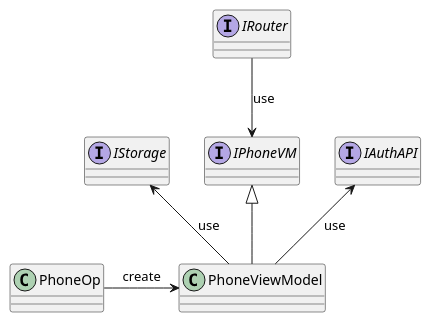
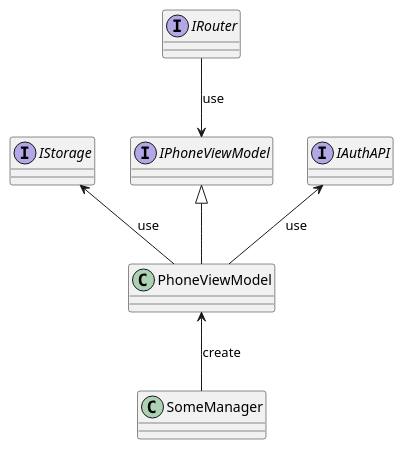
One commit to dubovoy-pro/ross-manual changed the diagram in site/content/ru/docs/overview/entities/diagrams/phone_vm.puml. Above: the diagram before and after it, drawn with PlantUML. The commit also changed 13 other files, not shown here.

```diff
--- a/site/content/ru/docs/overview/entities/diagrams/phone_vm.puml
+++ b/site/content/ru/docs/overview/entities/diagrams/phone_vm.puml
@@ -1,14 +1,14 @@
 @startuml phone_vm
 interface IRouter
 interface IStorage
-interface IPhoneVM
+interface IPhoneViewModel
 interface IAuthAPI
 class PhoneViewModel
-class PhoneOp
+class SomeManager
 
 PhoneViewModel -up-> IAuthAPI : use
-PhoneViewModel -up-|> IPhoneVM
+PhoneViewModel -up-|> IPhoneViewModel
 PhoneViewModel -up-> IStorage : use
-PhoneOp -right-> PhoneViewModel : create
-IRouter -down-> IPhoneVM : use
+SomeManager -up-> PhoneViewModel : create
+IRouter -down-> IPhoneViewModel : use
 @enduml
```
